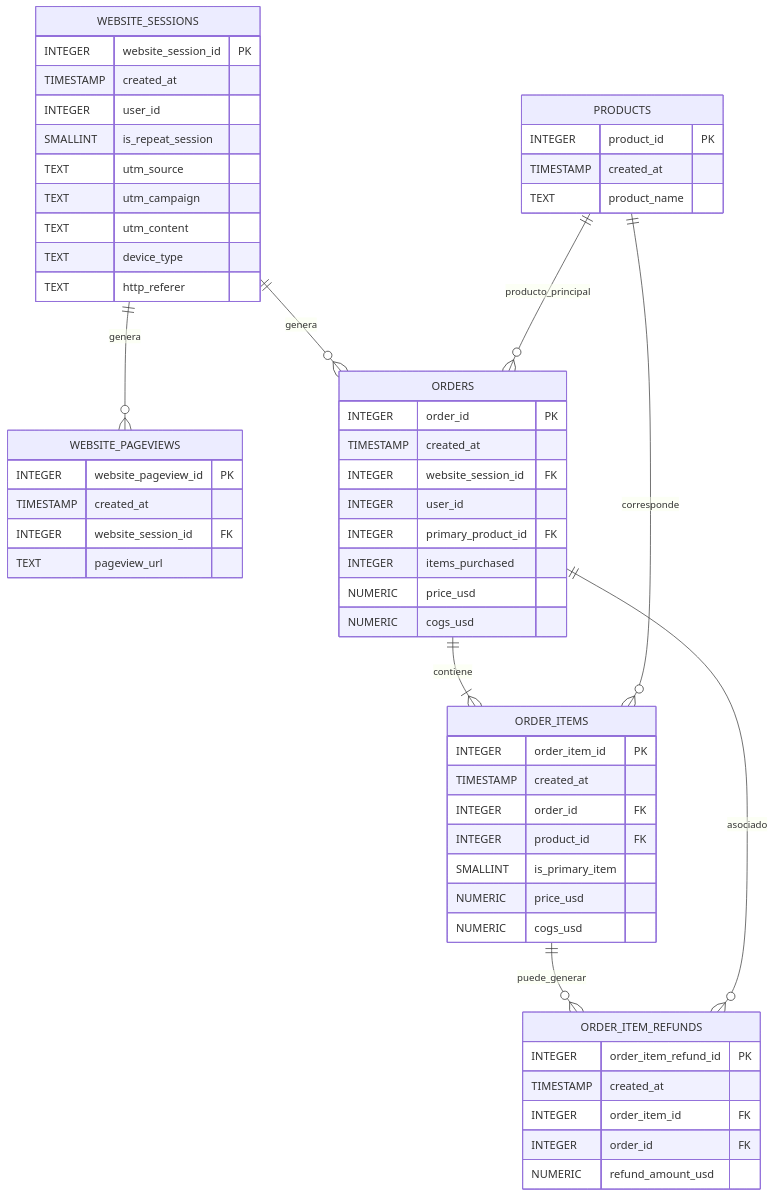
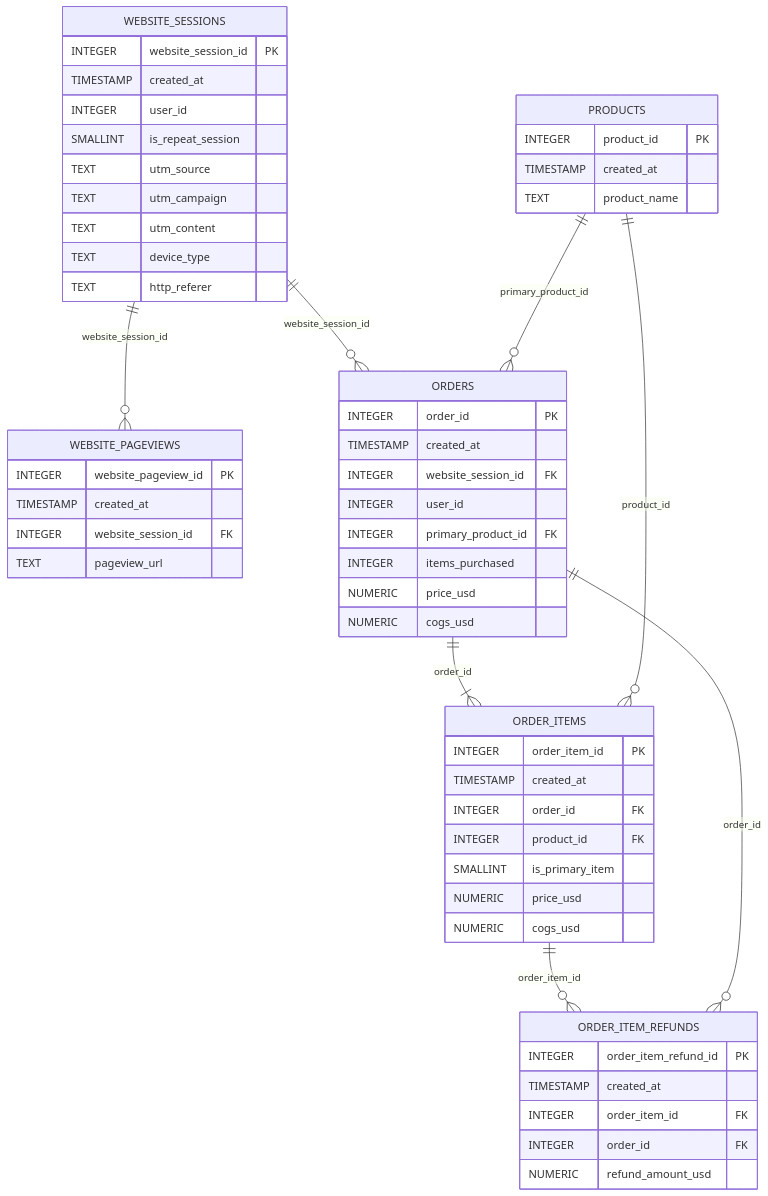
One commit to Hector-Espina/sql-analysis changed the diagram in docs/database_schema.md. Above: the diagram before and after it, drawn with Mermaid.

Commit message:
Update schema 1.01

````diff
--- a/docs/database_schema.md
+++ b/docs/database_schema.md
@@ -5,65 +5,65 @@
 ```mermaid
 erDiagram
 
     PRODUCTS {
         INTEGER product_id PK
         TIMESTAMP created_at
         TEXT product_name
     }
 
     WEBSITE_SESSIONS {
         INTEGER website_session_id PK
         TIMESTAMP created_at
         INTEGER user_id
         SMALLINT is_repeat_session
         TEXT utm_source
         TEXT utm_campaign
         TEXT utm_content
         TEXT device_type
         TEXT http_referer
     }
 
     WEBSITE_PAGEVIEWS {
         INTEGER website_pageview_id PK
         TIMESTAMP created_at
         INTEGER website_session_id FK
         TEXT pageview_url
     }
 
     ORDERS {
         INTEGER order_id PK
         TIMESTAMP created_at
         INTEGER website_session_id FK
         INTEGER user_id
         INTEGER primary_product_id FK
         INTEGER items_purchased
         NUMERIC price_usd
         NUMERIC cogs_usd
     }
 
     ORDER_ITEMS {
         INTEGER order_item_id PK
         TIMESTAMP created_at
         INTEGER order_id FK
         INTEGER product_id FK
         SMALLINT is_primary_item
         NUMERIC price_usd
         NUMERIC cogs_usd
     }
 
     ORDER_ITEM_REFUNDS {
         INTEGER order_item_refund_id PK
         TIMESTAMP created_at
         INTEGER order_item_id FK
         INTEGER order_id FK
         NUMERIC refund_amount_usd
     }
 
-    WEBSITE_SESSIONS ||--o{ WEBSITE_PAGEVIEWS : genera
-    WEBSITE_SESSIONS ||--o{ ORDERS : genera
-    PRODUCTS ||--o{ ORDERS : producto_principal
-    ORDERS ||--|{ ORDER_ITEMS : contiene
-    PRODUCTS ||--o{ ORDER_ITEMS : corresponde
-    ORDER_ITEMS ||--o{ ORDER_ITEM_REFUNDS : puede_generar
-    ORDERS ||--o{ ORDER_ITEM_REFUNDS : asociado
+    WEBSITE_SESSIONS ||--o{ WEBSITE_PAGEVIEWS : website_session_id
+    WEBSITE_SESSIONS ||--o{ ORDERS : website_session_id
+    PRODUCTS ||--o{ ORDERS : primary_product_id
+    ORDERS ||--|{ ORDER_ITEMS : order_id
+    PRODUCTS ||--o{ ORDER_ITEMS : product_id
+    ORDER_ITEMS ||--o{ ORDER_ITEM_REFUNDS : order_item_id
+    ORDERS ||--o{ ORDER_ITEM_REFUNDS : order_id
 ```
````
